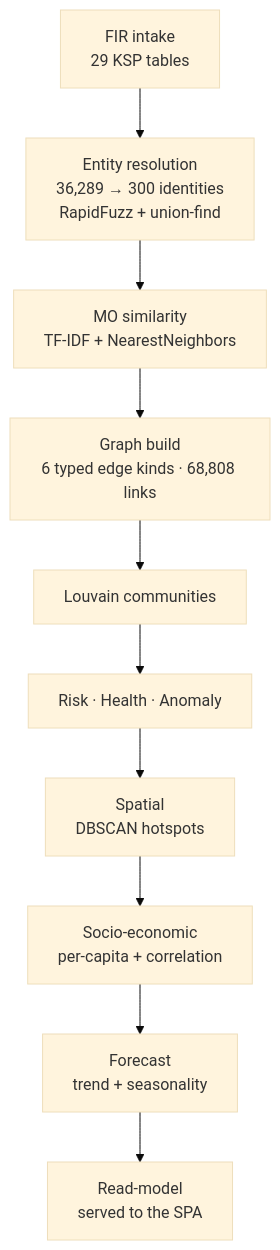
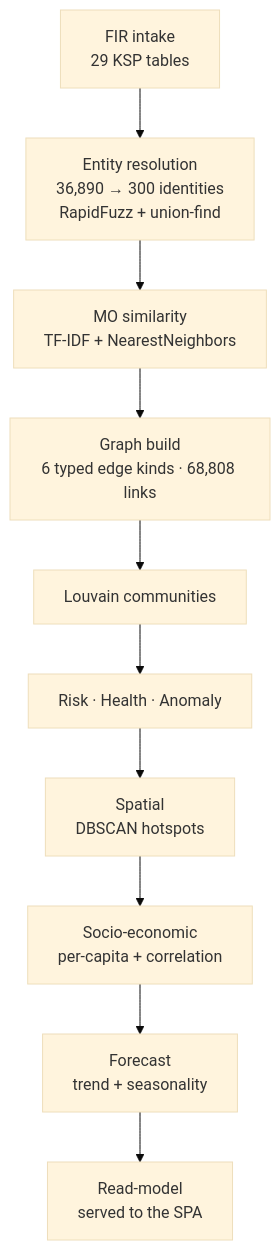
One commit to adarshcod30/Kadi changed the third of 3 diagrams in README.md. Above: the diagram before and after it, drawn with Mermaid (base theme). The commit also changed other lines of this file and 6 other files, not shown here.

````diff
--- a/README.md
+++ b/README.md
@@ -258,12 +258,12 @@
 ```mermaid
 flowchart TD
-    A["FIR intake<br/>29 KSP tables"] --> B["Entity resolution<br/>36,289 → 300 identities<br/>RapidFuzz + union-find"]
+    A["FIR intake<br/>29 KSP tables"] --> B["Entity resolution<br/>36,890 → 300 identities<br/>RapidFuzz + union-find"]
     B --> C["MO similarity<br/>TF-IDF + NearestNeighbors"]
     C --> D["Graph build<br/>6 typed edge kinds · 68,808 links"]
     D --> E["Louvain communities"]
     E --> F["Risk · Health · Anomaly"]
     F --> G["Spatial<br/>DBSCAN hotspots"]
     G --> H["Socio-economic<br/>per-capita + correlation"]
     H --> I["Forecast<br/>trend + seasonality"]
     I --> J["Read-model<br/>served to the SPA"]
 ```
````
